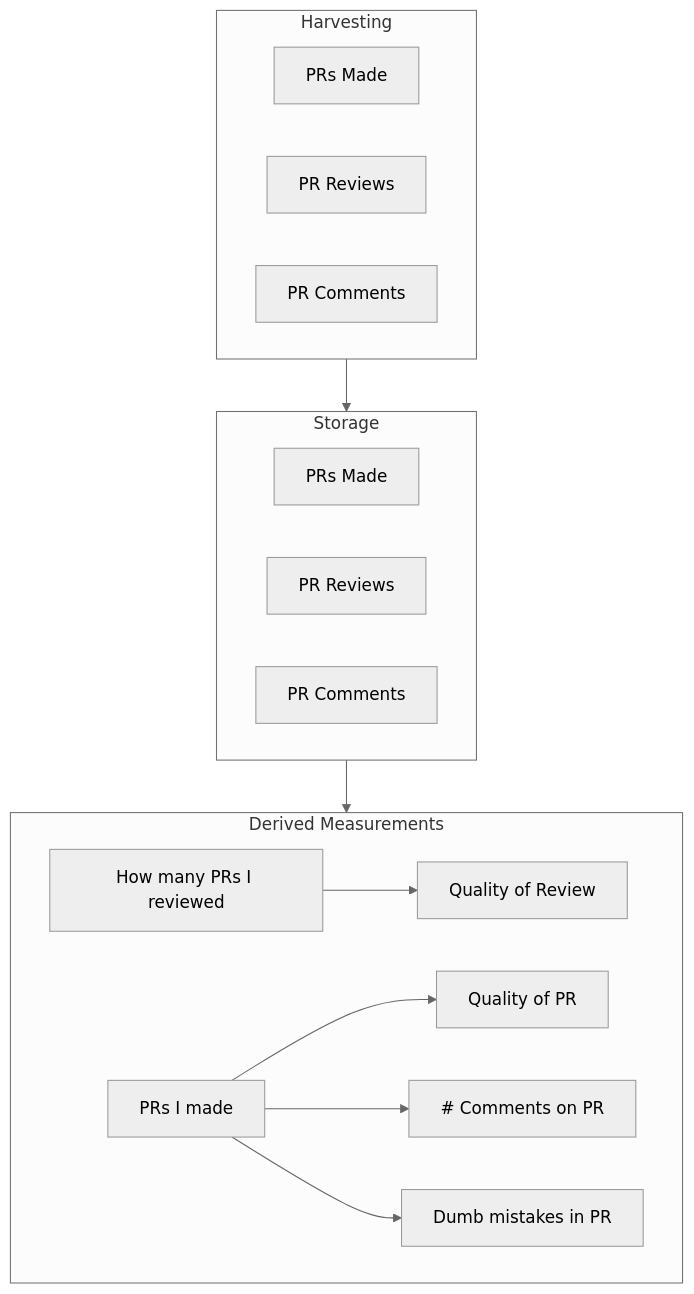
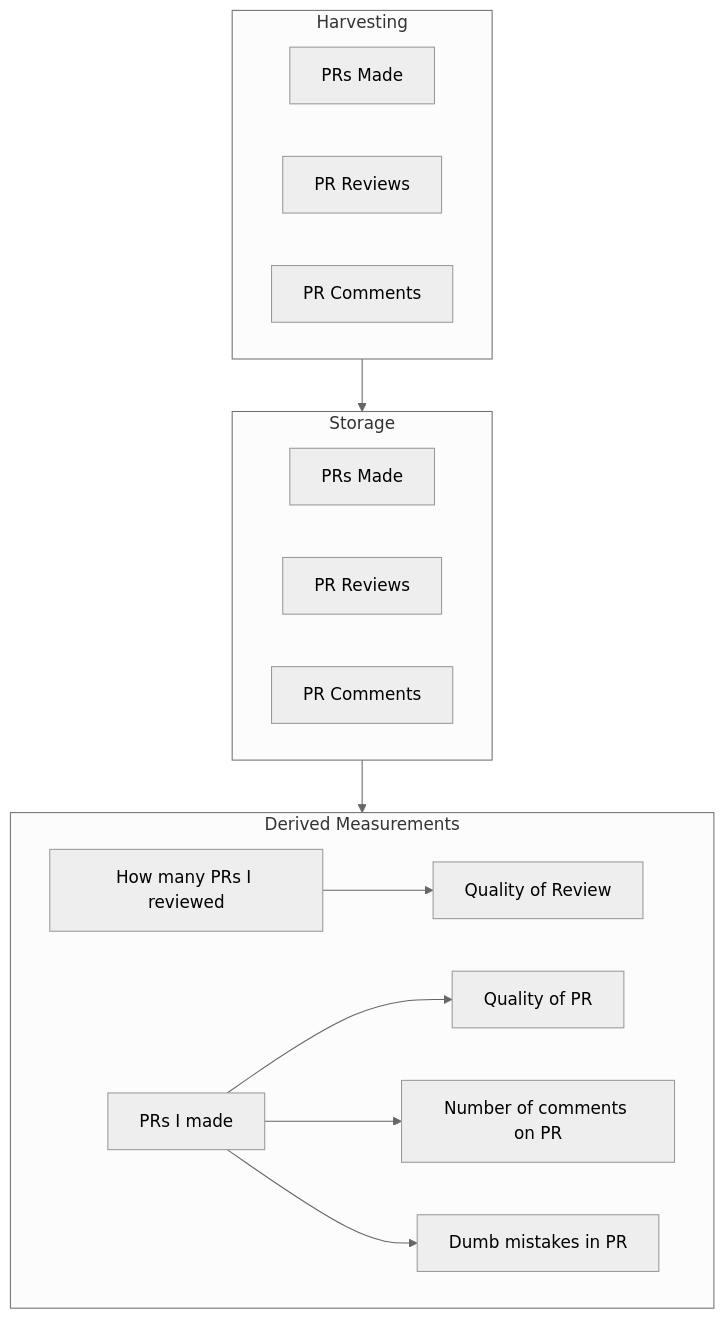
The diagram in notes/2024/3 fall/github.mermaid (Narcolapser/bullet_journaling), drawn with Mermaid (neutral theme) before and after one commit. The commit also changed 3 other files, not shown here.

```diff
--- a/notes/2024/3 fall/github.mermaid
+++ b/notes/2024/3 fall/github.mermaid
@@ -1,23 +1,23 @@
 graph TD
     subgraph Row1[Harvesting]
         A[PRs Made] 
         B[PR Reviews] 
         C[PR Comments]
     end
 
     subgraph Row2[Storage]
         D[PRs Made] 
         E[PR Reviews] 
         F[PR Comments]
     end
 
     subgraph Row3[Derived Measurements]
         G[How many PRs I reviewed] -->  H[Quality of Review] 
         I[PRs I made]
         I --> J[Quality of PR]
-        I --> K[# Comments on PR]
+        I --> K[Number of comments on PR]
         I --> L[Dumb mistakes in PR]
     end
 
     Row1 --> Row2
     Row2 --> Row3
```
